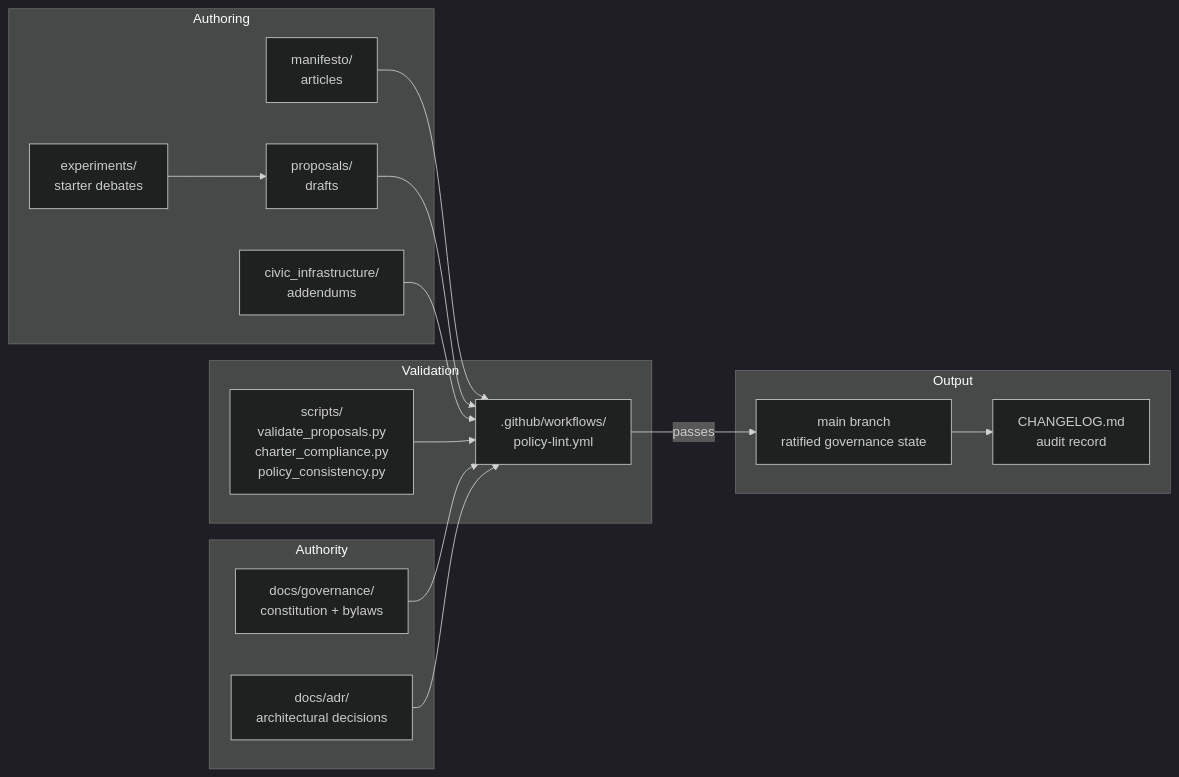
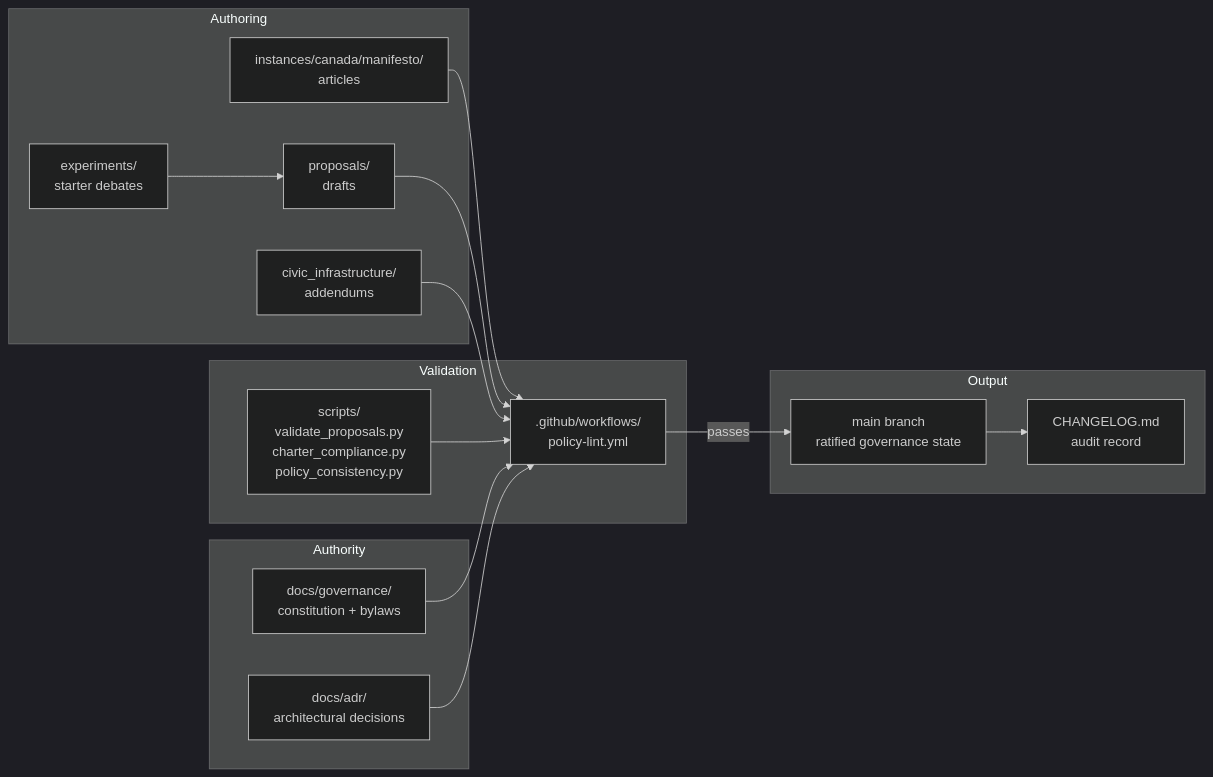
One commit to pancakesaregood/potato changed the third of 5 diagrams in ARCHITECTURE.md. Above: the diagram before and after it, drawn with Mermaid (dark theme). The commit also changed other lines of this file and 35 other files, not shown here.

````diff
--- a/ARCHITECTURE.md
+++ b/ARCHITECTURE.md
@@ -61,34 +61,34 @@
 ```mermaid
 flowchart LR
     subgraph Authoring
-        A[manifesto/\narticles]
+        A[instances/canada/manifesto/\narticles]
         B[proposals/\ndrafts]
         C[civic_infrastructure/\naddendums]
         D[experiments/\nstarter debates]
     end
 
     subgraph Validation
         E[scripts/\nvalidate_proposals.py\ncharter_compliance.py\npolicy_consistency.py]
         F[.github/workflows/\npolicy-lint.yml]
     end
 
     subgraph Authority
         G[docs/governance/\nconstitution + bylaws]
         H[docs/adr/\narchitectural decisions]
     end
 
     subgraph Output
         I[main branch\nratified governance state]
         J[CHANGELOG.md\naudit record]
     end
 
     A --> F
     B --> F
     C --> F
     D --> B
     E --> F
     G --> F
     H --> F
     F -->|passes| I
     I --> J
 ```
````
